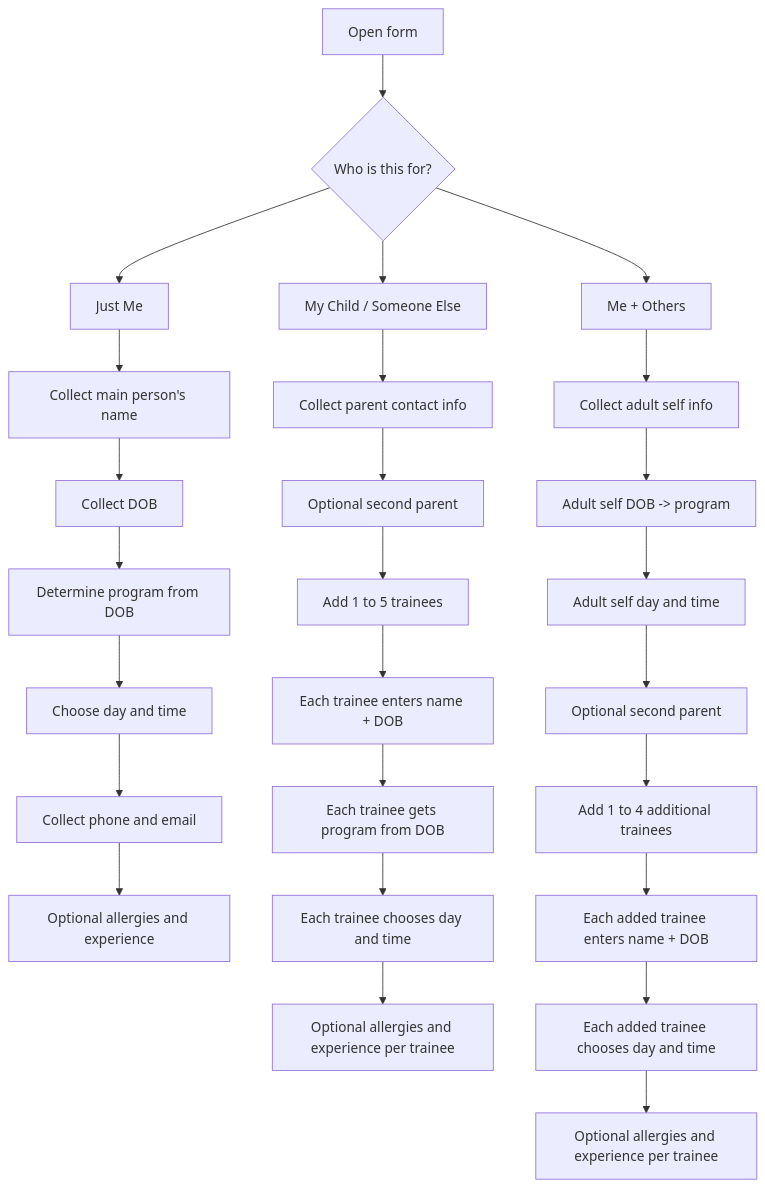
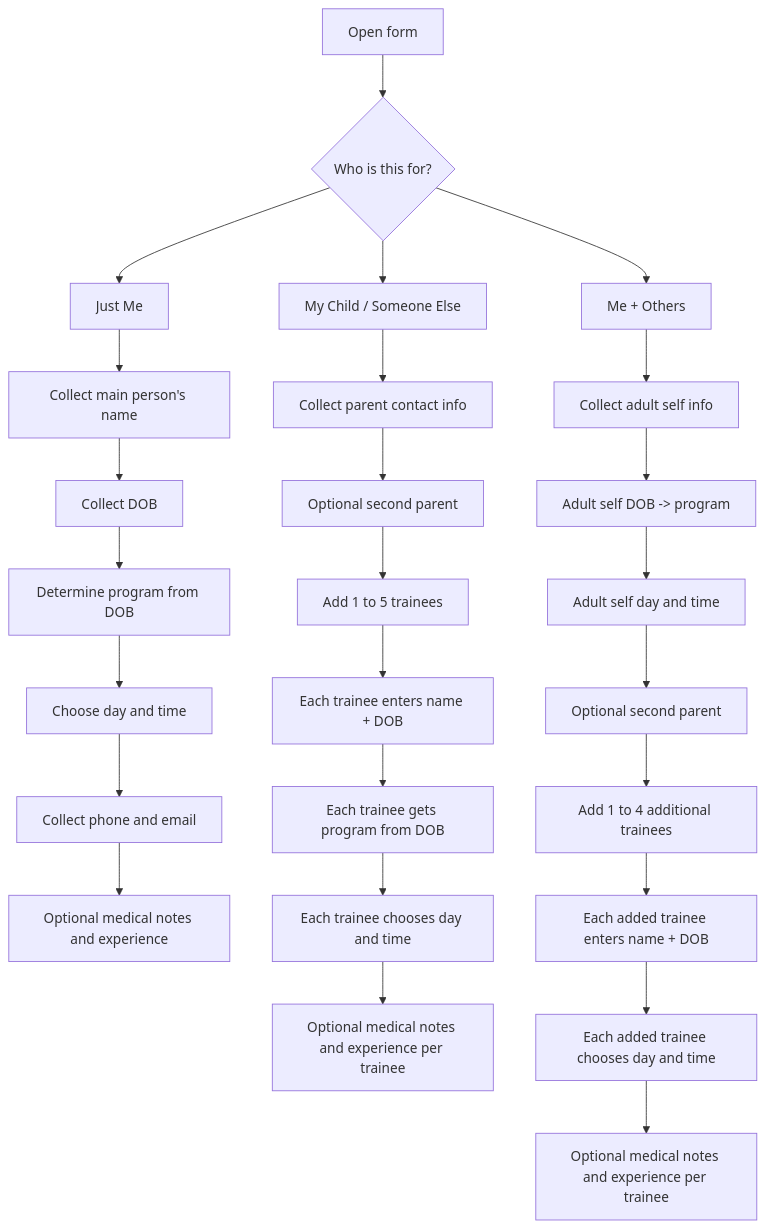
One commit to Kron00/liveoakjiujitsu changed the second of 21 diagrams in agent/signup-single-student-diagram.md. Above: the diagram before and after it, drawn with Mermaid. The commit also changed other lines of this file and 18 other files, not shown here.

First line of the commit message:
Harden signup submission flow

````diff
--- a/agent/signup-single-student-diagram.md
+++ b/agent/signup-single-student-diagram.md
@@ -71,32 +71,32 @@
 ```mermaid
 flowchart TD
     A[Open form] --> B{Who is this for?}
 
     B --> C[Just Me]
     B --> D[My Child / Someone Else]
     B --> E[Me + Others]
 
     C --> C1[Collect main person's name]
     C1 --> C2[Collect DOB]
     C2 --> C3[Determine program from DOB]
     C3 --> C4[Choose day and time]
     C4 --> C5[Collect phone and email]
-    C5 --> C6[Optional allergies and experience]
+    C5 --> C6[Optional medical notes and experience]
 
     D --> D1[Collect parent contact info]
     D1 --> D2[Optional second parent]
     D2 --> D3[Add 1 to 5 trainees]
     D3 --> D4[Each trainee enters name + DOB]
     D4 --> D5[Each trainee gets program from DOB]
     D5 --> D6[Each trainee chooses day and time]
-    D6 --> D7[Optional allergies and experience per trainee]
+    D6 --> D7[Optional medical notes and experience per trainee]
 
     E --> E1[Collect adult self info]
     E1 --> E2[Adult self DOB -> program]
     E2 --> E3[Adult self day and time]
     E3 --> E4[Optional second parent]
     E4 --> E5[Add 1 to 4 additional trainees]
     E5 --> E6[Each added trainee enters name + DOB]
     E6 --> E7[Each added trainee chooses day and time]
-    E7 --> E8[Optional allergies and experience per trainee]
+    E7 --> E8[Optional medical notes and experience per trainee]
 ```
````
